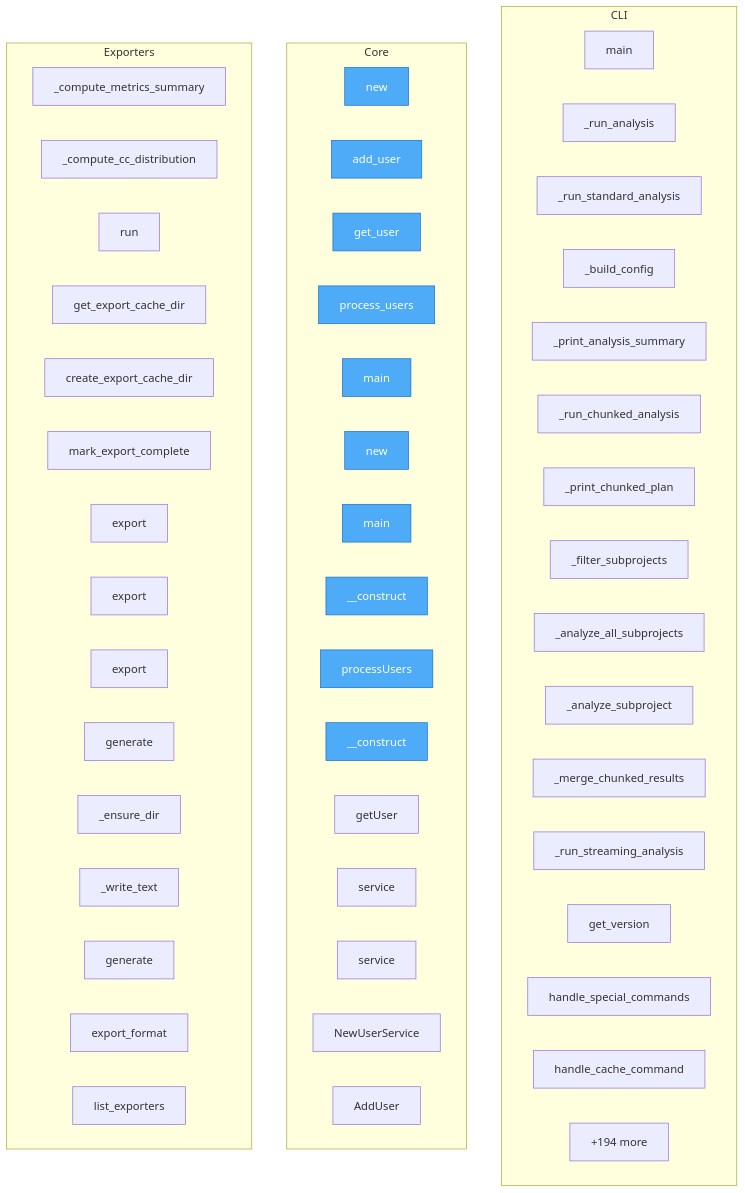
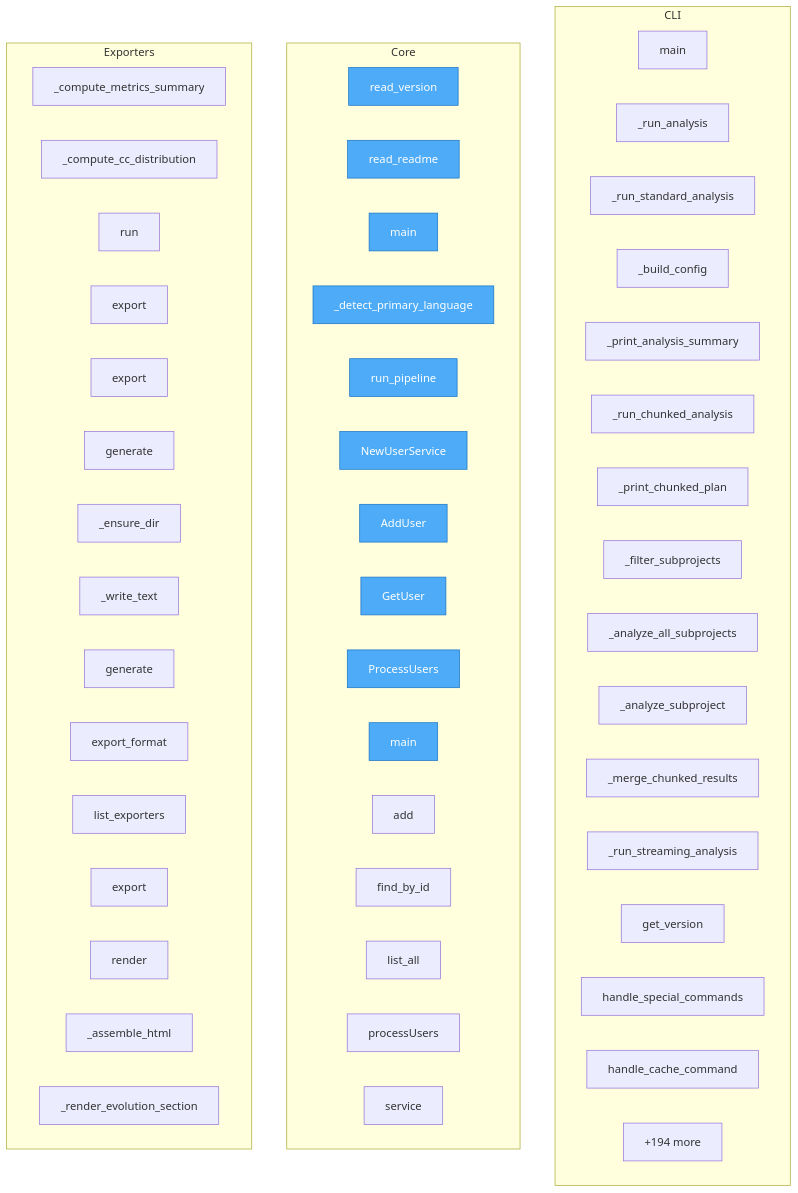
Before and after one commit to wronai/code2flow: the diagram in project/flow.mmd, drawn with Mermaid. The commit also changed 45 other files, not shown here.

```diff
--- a/project/flow.mmd
+++ b/project/flow.mmd
@@ -1,63 +1,63 @@
 flowchart TD
 
     %% Entry points (blue)
     classDef entry fill:#4dabf7,stroke:#1971c2,color:#fff
 
     subgraph CLI
         code2llm__cli__main["main"]
         code2llm__cli_analysis___run_analysis["_run_analysis"]
         code2llm__cli_analysis___run_standard_analysis["_run_standard_analysis"]
         code2llm__cli_analysis___build_config["_build_config"]
         code2llm__cli_analysis___print_analysis_summary["_print_analysis_summary"]
         code2llm__cli_analysis___run_chunked_analysis["_run_chunked_analysis"]
         code2llm__cli_analysis___print_chunked_plan["_print_chunked_plan"]
         code2llm__cli_analysis___filter_subprojects["_filter_subprojects"]
         code2llm__cli_analysis___analyze_all_subprojects["_analyze_all_subprojects"]
         code2llm__cli_analysis___analyze_subproject["_analyze_subproject"]
         code2llm__cli_analysis___merge_chunked_results["_merge_chunked_results"]
         code2llm__cli_analysis___run_streaming_analysis["_run_streaming_analysis"]
         code2llm__cli_parser__get_version["get_version"]
         code2llm__cli_commands__handle_special_commands["handle_special_commands"]
         code2llm__cli_commands__handle_cache_command["handle_cache_command"]
-        ...["+75 more"]
+        ...["+76 more"]
     end
 
     subgraph Core
-        test_langs__valid__sample__new["new"]
-        test_langs__valid__sample__add_user["add_user"]
-        test_langs__valid__sample__get_user["get_user"]
-        test_langs__valid__sample__process_users["process_users"]
-        test_langs__valid__sample__main["main"]
-        test_langs__invalid__sample_bad__new["new"]
-        test_langs__invalid__sample_bad__main["main"]
-        test_langs__valid__sample__User____construct["__construct"]
-        test_langs__valid__sample__UserService__processUsers["processUsers"]
-        test_langs__invalid__sample_bad__User____construct["__construct"]
-        test_langs__invalid__sample_bad__UserService__getUser["getUser"]
-        test_langs__invalid__sample_bad__UserService__service["service"]
-        test_langs__valid__sample__UserService__service["service"]
+        setup__read_version["read_version"]
+        setup__read_readme["read_readme"]
+        validate_toon__main["main"]
+        pipeline___detect_primary_language["_detect_primary_language"]
+        pipeline__run_pipeline["run_pipeline"]
         test_langs__valid__sample__NewUserService["NewUserService"]
         test_langs__valid__sample__AddUser["AddUser"]
-        ...["+378 more"]
+        test_langs__valid__sample__GetUser["GetUser"]
+        test_langs__valid__sample__ProcessUsers["ProcessUsers"]
+        test_langs__valid__sample__main["main"]
+        test_langs__valid__sample__ProductRepository__add["add"]
+        test_langs__valid__sample__ProductRepository__find_by_id["find_by_id"]
+        test_langs__valid__sample__ProductRepository__list_all["list_all"]
+        test_langs__valid__sample__UserService__processUsers["processUsers"]
+        test_langs__valid__sample__UserService__service["service"]
+        ...["+383 more"]
     end
 
     subgraph Exporters
         code2llm__core__export_pipeline__SharedExportContext___compute_metrics_summary["_compute_metrics_summary"]
         code2llm__core__export_pipeline__SharedExportContext___compute_cc_distribution["_compute_cc_distribution"]
         code2llm__core__export_pipeline__ExportPipeline__run["run"]
-        code2llm__core__persistent_cache__PersistentCache__get_export_cache_dir["get_export_cache_dir"]
-        code2llm__core__persistent_cache__PersistentCache__create_export_cache_dir["create_export_cache_dir"]
-        code2llm__core__persistent_cache__PersistentCache__mark_export_complete["mark_export_complete"]
         code2llm__exporters__readme_exporter__READMEExporter__export["export"]
-        code2llm__exporters__map_exporter__MapExporter__export["export"]
         code2llm__exporters__base__BaseExporter__export["export"]
         code2llm__exporters__base__BaseExporter__generate["generate"]
         code2llm__exporters__base__BaseExporter___ensure_dir["_ensure_dir"]
         code2llm__exporters__base__BaseExporter___write_text["_write_text"]
         code2llm__exporters__base__ViewGeneratorMixin__generate["generate"]
         code2llm__exporters__base__export_format["export_format"]
         code2llm__exporters__base__list_exporters["list_exporters"]
+        code2llm__exporters__map_exporter__MapExporter__export["export"]
+        code2llm__exporters__dashboard_renderer__DashboardRenderer__render["render"]
+        code2llm__exporters__dashboard_renderer__DashboardRenderer___assemble_html["_assemble_html"]
+        code2llm__exporters__dashboard_renderer__DashboardRenderer___render_evolution_section["_render_evolution_section"]
         ...["+194 more"]
     end
 
-    class test_langs__valid__sample__new,test_langs__valid__sample__add_user,test_langs__valid__sample__get_user,test_langs__valid__sample__process_users,test_langs__valid__sample__main,test_langs__invalid__sample_bad__new,test_langs__invalid__sample_bad__main,test_langs__valid__sample__User____construct,test_langs__valid__sample__UserService__processUsers,test_langs__invalid__sample_bad__User____construct entry
+    class setup__read_version,setup__read_readme,validate_toon__main,pipeline___detect_primary_language,pipeline__run_pipeline,test_langs__valid__sample__NewUserService,test_langs__valid__sample__AddUser,test_langs__valid__sample__GetUser,test_langs__valid__sample__ProcessUsers,test_langs__valid__sample__main entry
```
